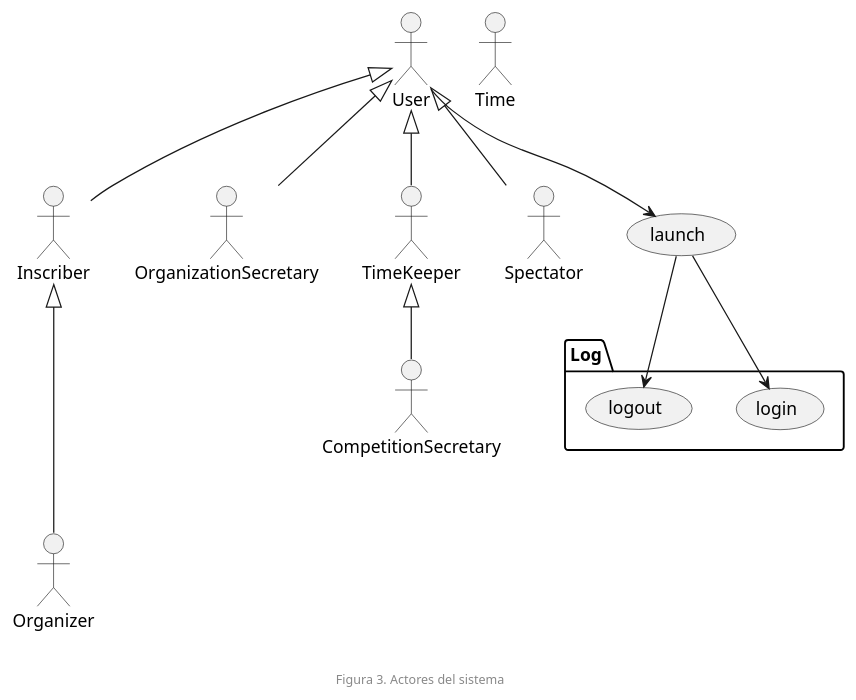
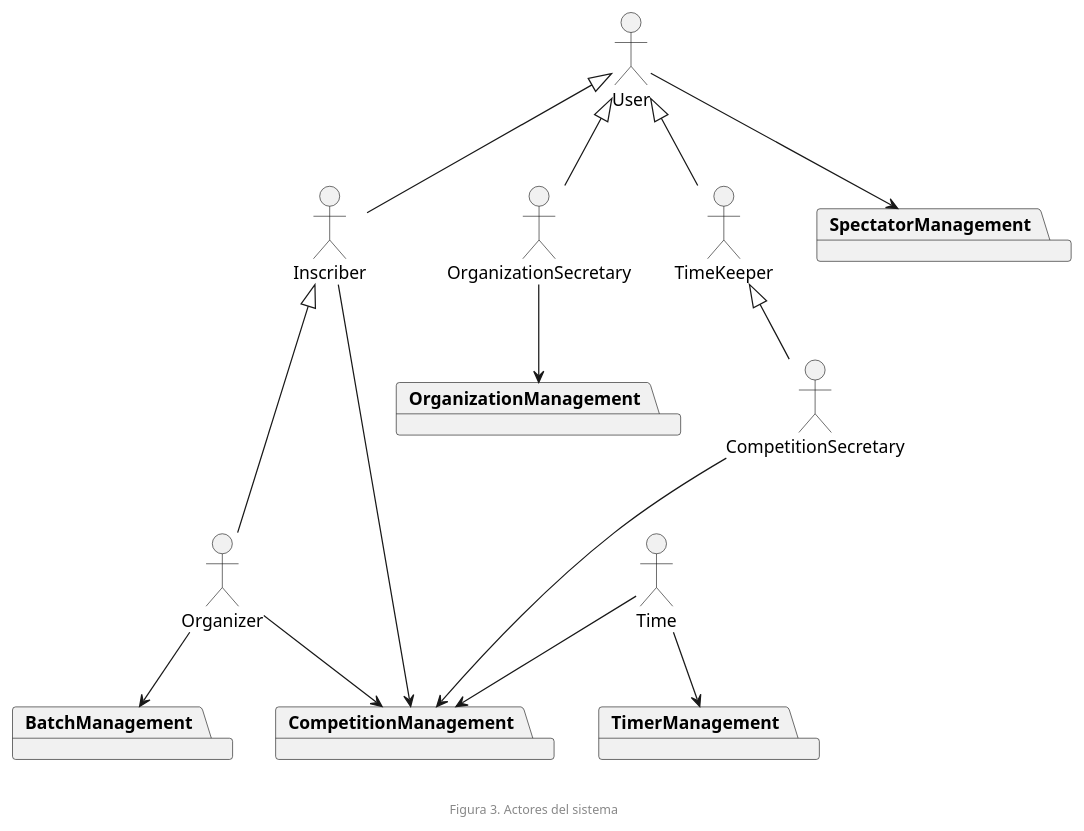
One commit to zuldare/mastercloud_pfm_halterocms changed the diagram in documentation/diagrams/usecases/actors.puml. Above: the diagram before and after it, drawn with PlantUML. The commit also changed 7 other files, not shown here.

```diff
--- a/documentation/diagrams/usecases/actors.puml
+++ b/documentation/diagrams/usecases/actors.puml
@@ -1,32 +1,37 @@
 @startuml
 
 actor Organizer as Organizer
 actor Inscriber as Inscriber
 actor OrganizationSecretary as OrganizationSecretary
 actor Time as Time
 actor TimeKeeper as TimeKeeper
-actor Spectator as Spectator
 actor CompetitionSecretary as CompetitionSecretary
 actor User
 
 
-package Log {
-  usecase login
-  usecase logout
-}
-
-usecase launch
-
-User --> launch
-launch --> login
-launch --> logout
+package OrganizationManagement
+package CompetitionManagement
+package BatchManagement
+package TimerManagement
+package SpectatorManagement
 
 User <|-- OrganizationSecretary
 User <|-- TimeKeeper
-User <|-- Spectator
 User <|-- Inscriber
 TimeKeeper <|-- CompetitionSecretary
 Inscriber <|--- Organizer
 
+Time --> TimerManagement
+Time --> CompetitionManagement
+
+OrganizationSecretary --> OrganizationManagement
+
+Organizer --> CompetitionManagement
+Inscriber --> CompetitionManagement
+
+Organizer  --> BatchManagement
+CompetitionSecretary --> CompetitionManagement
+User --> SpectatorManagement
+
 footer \n\nFigura 3. Actores del sistema
 @enduml
```
